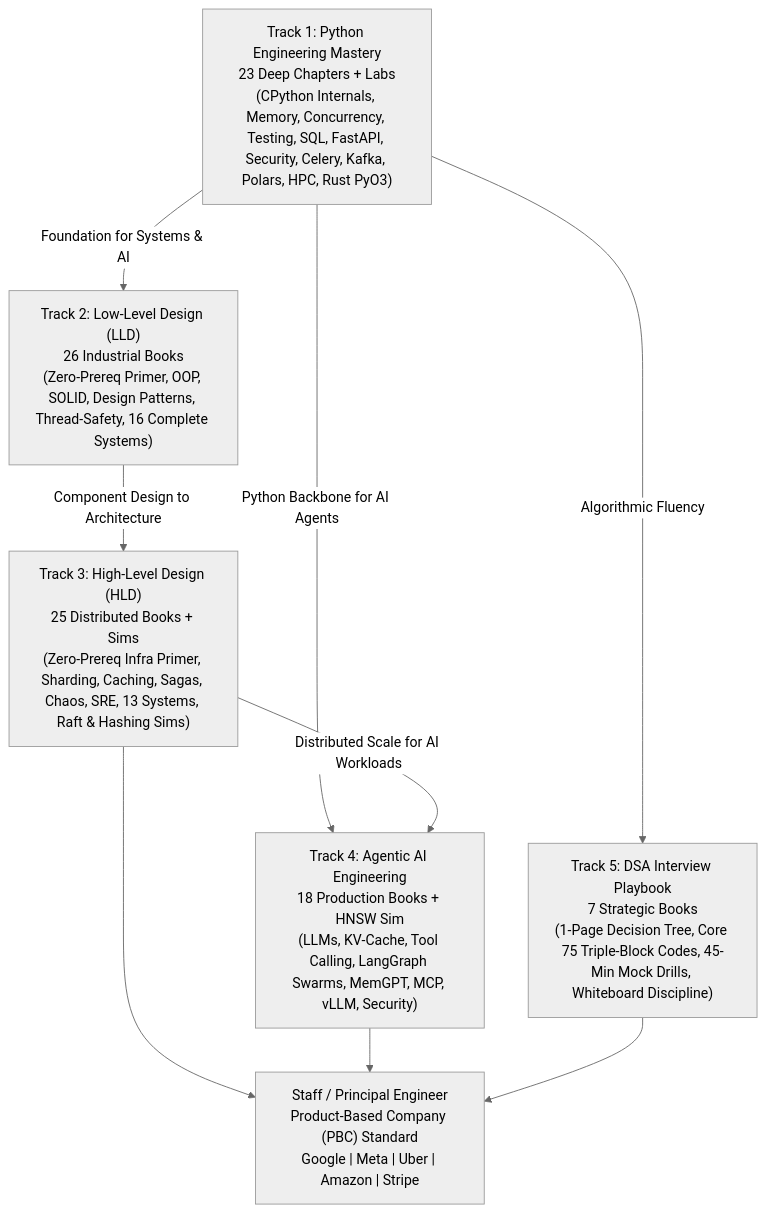
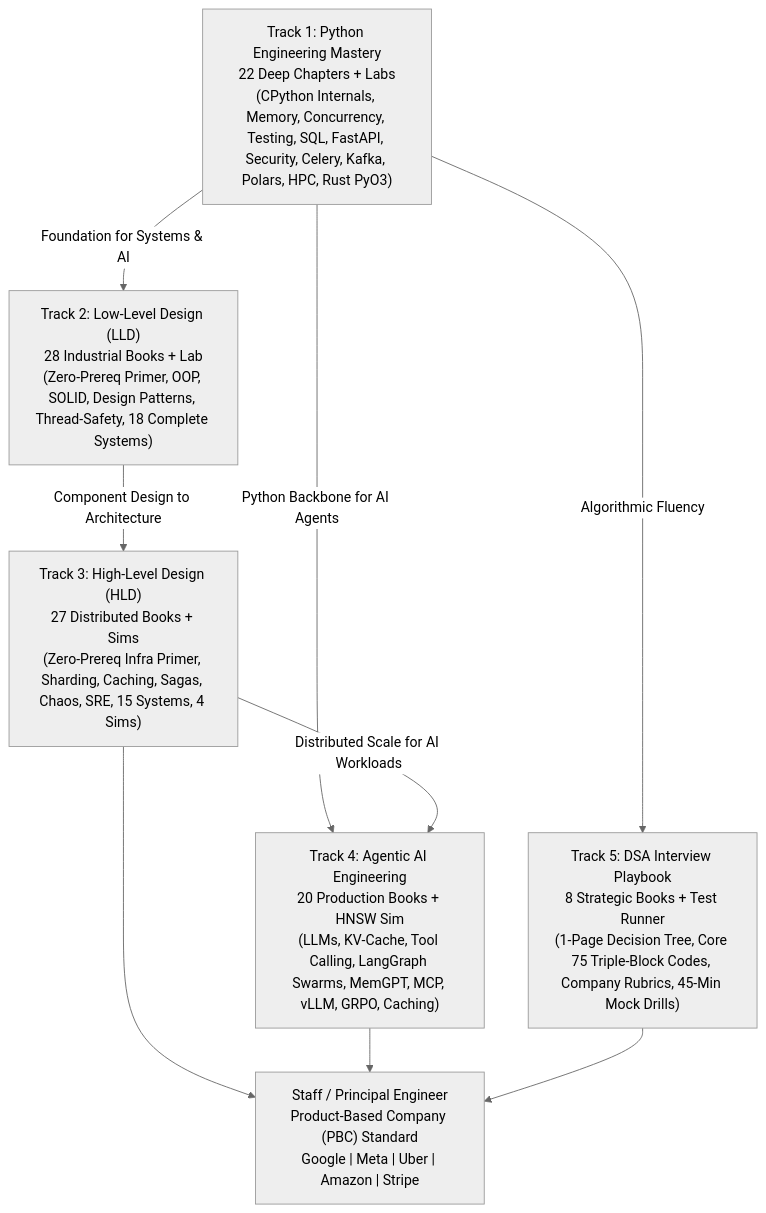
The diagram in README.md (reddykarthikeya1/AI-Systems-Mastery), drawn with Mermaid (neutral theme) before and after one commit. The commit also changed other lines of this file and 119 other files, not shown here.

Commit message:
feat(curriculum): add Systems 17-18, HLD 14-15, AI 19-20, DSA 08, remove videos, and compile 106 books

````diff
--- a/README.md
+++ b/README.md
@@ -25,20 +25,20 @@
 ```mermaid
 flowchart TD
-    T1["Track 1: Python Engineering Mastery<br/>23 Deep Chapters + Labs<br/>(CPython Internals, Memory, Concurrency, Testing, SQL, FastAPI, Security, Celery, Kafka, Polars, HPC, Rust PyO3)"]
-    T2["Track 2: Low-Level Design (LLD)<br/>26 Industrial Books<br/>(Zero-Prereq Primer, OOP, SOLID, Design Patterns, Thread-Safety, 16 Complete Systems)"]
-    T3["Track 3: High-Level Design (HLD)<br/>25 Distributed Books + Sims<br/>(Zero-Prereq Infra Primer, Sharding, Caching, Sagas, Chaos, SRE, 13 Systems, Raft & Hashing Sims)"]
-    T4["Track 4: Agentic AI Engineering<br/>18 Production Books + HNSW Sim<br/>(LLMs, KV-Cache, Tool Calling, LangGraph Swarms, MemGPT, MCP, vLLM, Security)"]
-    T5["Track 5: DSA Interview Playbook<br/>7 Strategic Books<br/>(1-Page Decision Tree, Core 75 Triple-Block Codes, 45-Min Mock Drills, Whiteboard Discipline)"]
+    T1["Track 1: Python Engineering Mastery<br/>22 Deep Chapters + Labs<br/>(CPython Internals, Memory, Concurrency, Testing, SQL, FastAPI, Security, Celery, Kafka, Polars, HPC, Rust PyO3)"]
+    T2["Track 2: Low-Level Design (LLD)<br/>28 Industrial Books + Lab<br/>(Zero-Prereq Primer, OOP, SOLID, Design Patterns, Thread-Safety, 18 Complete Systems)"]
+    T3["Track 3: High-Level Design (HLD)<br/>27 Distributed Books + Sims<br/>(Zero-Prereq Infra Primer, Sharding, Caching, Sagas, Chaos, SRE, 15 Systems, 4 Sims)"]
+    T4["Track 4: Agentic AI Engineering<br/>20 Production Books + HNSW Sim<br/>(LLMs, KV-Cache, Tool Calling, LangGraph Swarms, MemGPT, MCP, vLLM, GRPO, Caching)"]
+    T5["Track 5: DSA Interview Playbook<br/>8 Strategic Books + Test Runner<br/>(1-Page Decision Tree, Core 75 Triple-Block Codes, Company Rubrics, 45-Min Mock Drills)"]
 
     PBC["Staff / Principal Engineer<br/>Product-Based Company (PBC) Standard<br/>Google | Meta | Uber | Amazon | Stripe"]
 
     T1 -->|Foundation for Systems & AI| T2
     T2 -->|Component Design to Architecture| T3
     T1 -->|Python Backbone for AI Agents| T4
     T3 -->|Distributed Scale for AI Workloads| T4
     T1 -->|Algorithmic Fluency| T5
     
     T3 --> PBC
     T4 --> PBC
     T5 --> PBC
 ```
````
